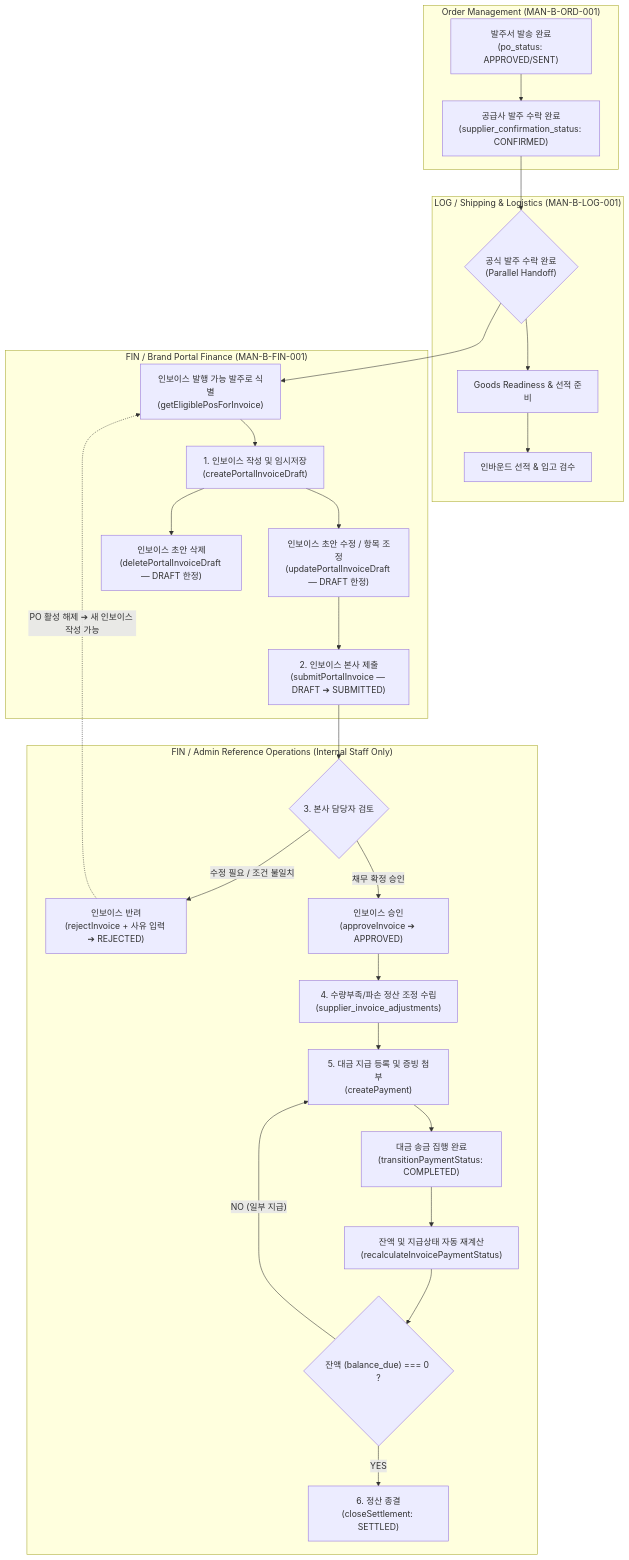
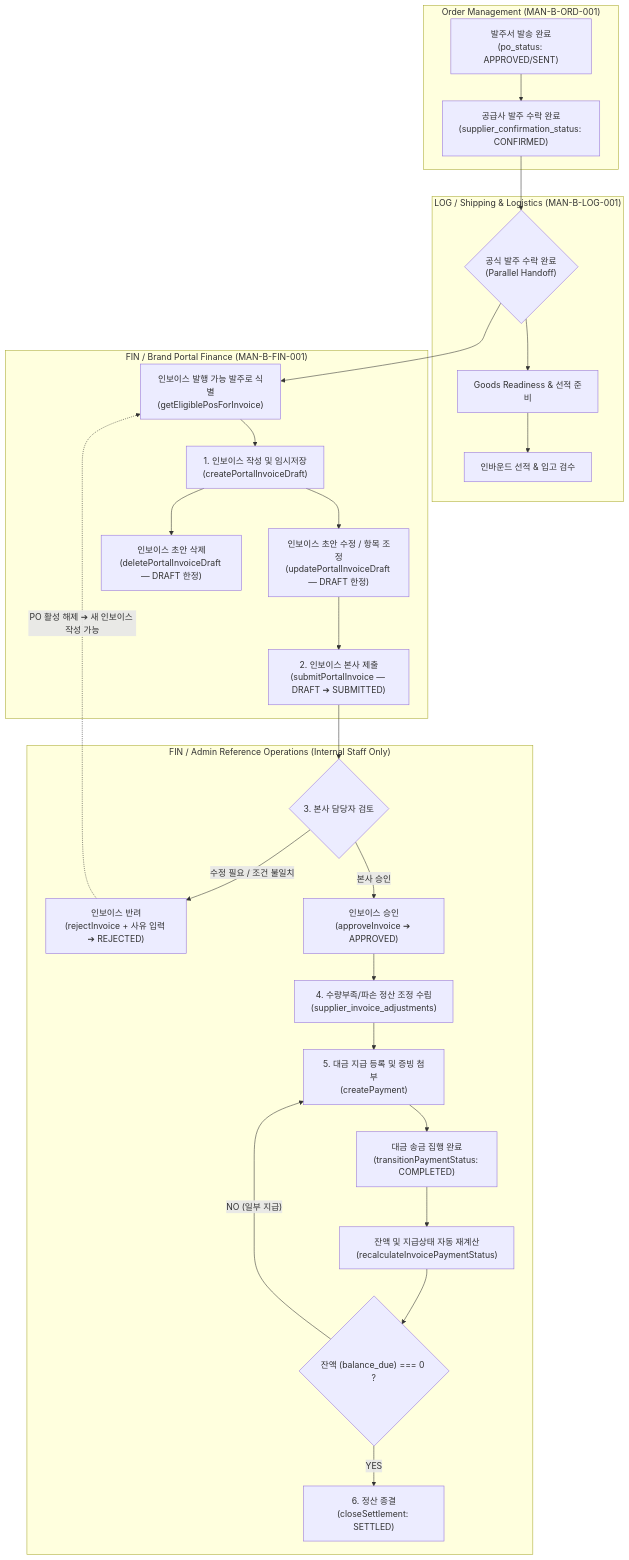
The diagram in Manuals/MAN-B-FIN-001_Finance-Settlement/01_SOURCE/MAN-B-FIN-001_Workflow_Map.md (chaehahm-Kr/KBGP-Portal), drawn with Mermaid before and after one commit. The commit also changed other lines of this file and 7 other files, not shown here.

````diff
--- a/Manuals/MAN-B-FIN-001_Finance-Settlement/01_SOURCE/MAN-B-FIN-001_Workflow_Map.md
+++ b/Manuals/MAN-B-FIN-001_Finance-Settlement/01_SOURCE/MAN-B-FIN-001_Workflow_Map.md
@@ -14,38 +14,38 @@
 ```mermaid
 flowchart TD
     subgraph ORD_SYSTEM["Order Management (MAN-B-ORD-001)"]
         PO_Sent["발주서 발송 완료<br/>(po_status: APPROVED/SENT)"] --> PO_Confirm["공급사 발주 수락 완료<br/>(supplier_confirmation_status: CONFIRMED)"]
     end
 
     PO_Confirm --> PARALLEL_HANDOFF{"공식 발주 수락 완료<br/>(Parallel Handoff)"}
 
     subgraph LOG_SYSTEM["LOG / Shipping & Logistics (MAN-B-LOG-001)"]
         PARALLEL_HANDOFF --> Goods_Ready["Goods Readiness & 선적 준비"]
         Goods_Ready --> Inbound_Shipment["인바운드 선적 & 입고 검수"]
     end
 
     subgraph BRAND_PORTAL["FIN / Brand Portal Finance (MAN-B-FIN-001)"]
         PARALLEL_HANDOFF --> Inv_Eligible["인보이스 발행 가능 발주로 식별<br/>(getEligiblePosForInvoice)"]
         Inv_Eligible --> Draft_Create["1. 인보이스 작성 및 임시저장<br/>(createPortalInvoiceDraft)"]
         Draft_Create --> Draft_Edit["인보이스 초안 수정 / 항목 조정<br/>(updatePortalInvoiceDraft — DRAFT 한정)"]
         Draft_Edit --> Inv_Submit["2. 인보이스 본사 제출<br/>(submitPortalInvoice — DRAFT ➔ SUBMITTED)"]
         Draft_Create --> Draft_Delete["인보이스 초안 삭제<br/>(deletePortalInvoiceDraft — DRAFT 한정)"]
     end
 
     subgraph ADMIN_SYSTEM["FIN / Admin Reference Operations (Internal Staff Only)"]
         Inv_Submit --> Admin_Review{"3. 본사 담당자 검토"}
         Admin_Review -- "수정 필요 / 조건 불일치" --> Admin_Reject["인보이스 반려<br/>(rejectInvoice + 사유 입력 ➔ REJECTED)"]
-        Admin_Review -- "채무 확정 승인" --> Admin_Approve["인보이스 승인<br/>(approveInvoice ➔ APPROVED)"]
+        Admin_Review -- "본사 승인" --> Admin_Approve["인보이스 승인<br/>(approveInvoice ➔ APPROVED)"]
         
         Admin_Approve --> Adj_Review["4. 수량부족/파손 정산 조정 수립<br/>(supplier_invoice_adjustments)"]
         Adj_Review --> Pmt_Register["5. 대금 지급 등록 및 증빙 첨부<br/>(createPayment)"]
         Pmt_Register --> Pmt_Execute["대금 송금 집행 완료<br/>(transitionPaymentStatus: COMPLETED)"]
         Pmt_Execute --> Recalc["잔액 및 지급상태 자동 재계산<br/>(recalculateInvoicePaymentStatus)"]
         
         Recalc --> Balance_Check{"잔액 (balance_due) === 0 ?"}
         Balance_Check -- YES --> Close_Settlement["6. 정산 종결<br/>(closeSettlement: SETTLED)"]
         Balance_Check -- NO (일부 지급) --> Pmt_Register
     end
 
     Admin_Reject -. "PO 활성 해제 ➔ 새 인보이스 작성 가능" .-> Inv_Eligible
 ```
````
